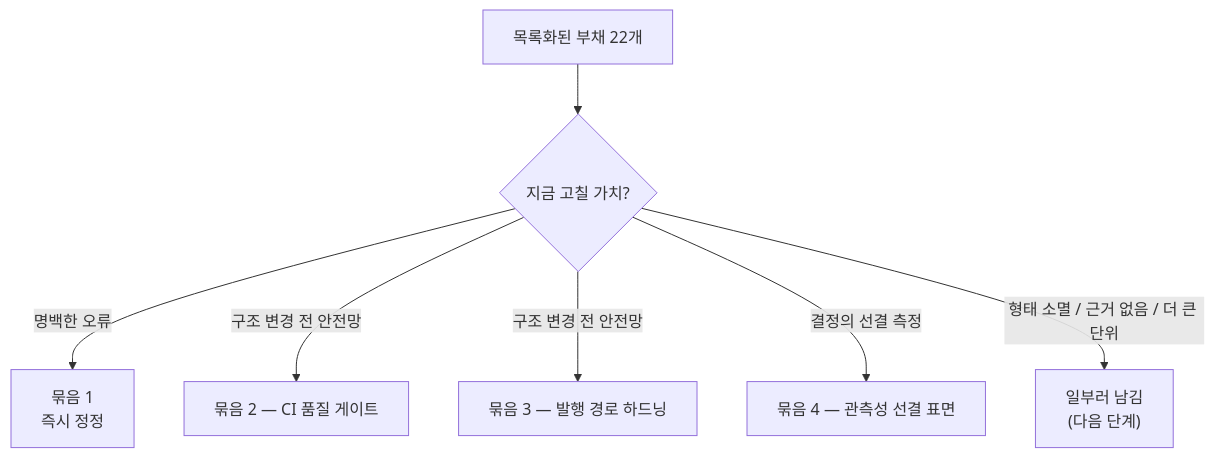
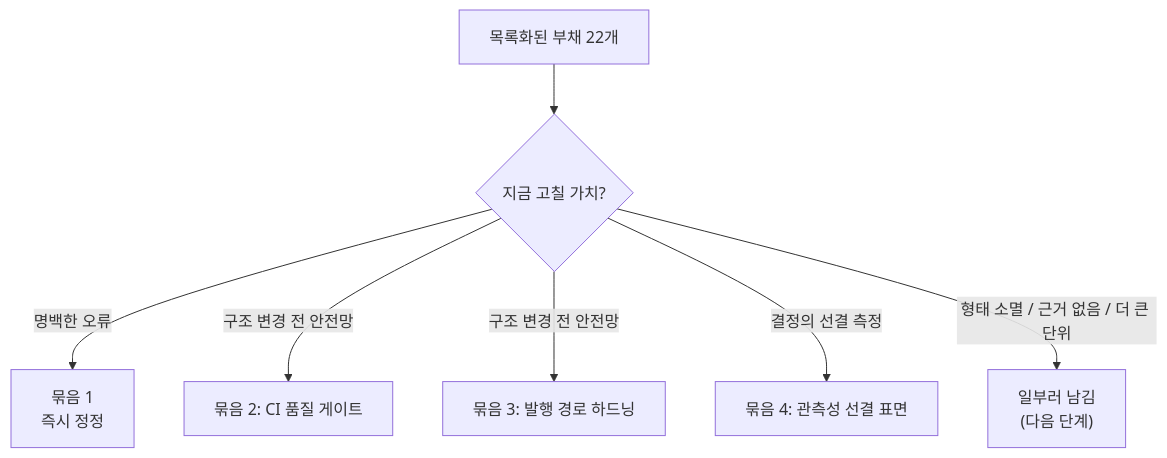
The diagram in src/content/blog/peekcart-phase4-debt-retrospective.md (Kimgyuilli/blog), drawn with Mermaid before and after one commit. The commit also changed other lines of this file and 10 other files, not shown here.

````diff
--- a/src/content/blog/peekcart-phase4-debt-retrospective.md
+++ b/src/content/blog/peekcart-phase4-debt-retrospective.md
@@ -67,9 +67,9 @@
 ```mermaid
 flowchart TD  
     A["목록화된 부채 22개"] --> F{"지금 고칠 가치?"}  
     F -->|"명백한 오류"| G1["묶음 1<br/>즉시 정정"]  
-    F -->|"구조 변경 전 안전망"| G2["묶음 2 — CI 품질 게이트"]  
-    F -->|"구조 변경 전 안전망"| G3["묶음 3 — 발행 경로 하드닝"]  
-    F -->|"결정의 선결 측정"| G4["묶음 4 — 관측성 선결 표면"]  
+    F -->|"구조 변경 전 안전망"| G2["묶음 2: CI 품질 게이트"]  
+    F -->|"구조 변경 전 안전망"| G3["묶음 3: 발행 경로 하드닝"]  
+    F -->|"결정의 선결 측정"| G4["묶음 4: 관측성 선결 표면"]  
     F -->|"형태 소멸 / 근거 없음 / 더 큰 단위"| H["일부러 남김<br/>(다음 단계)"]  
 ```
````
